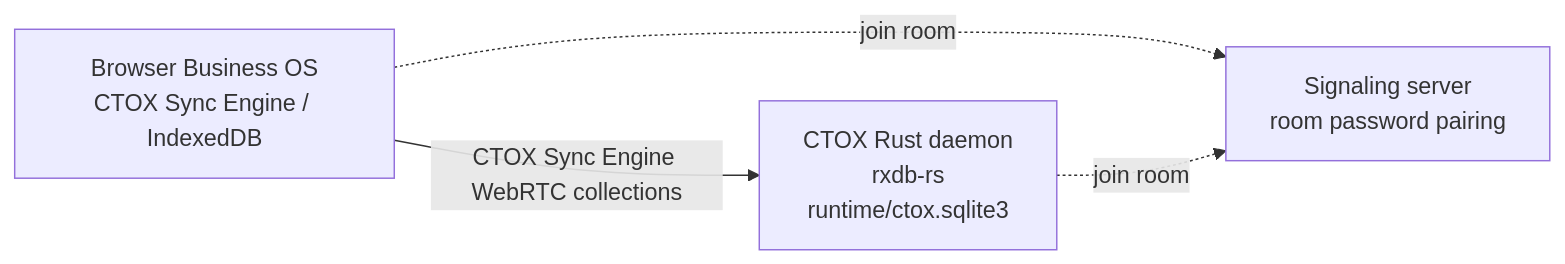
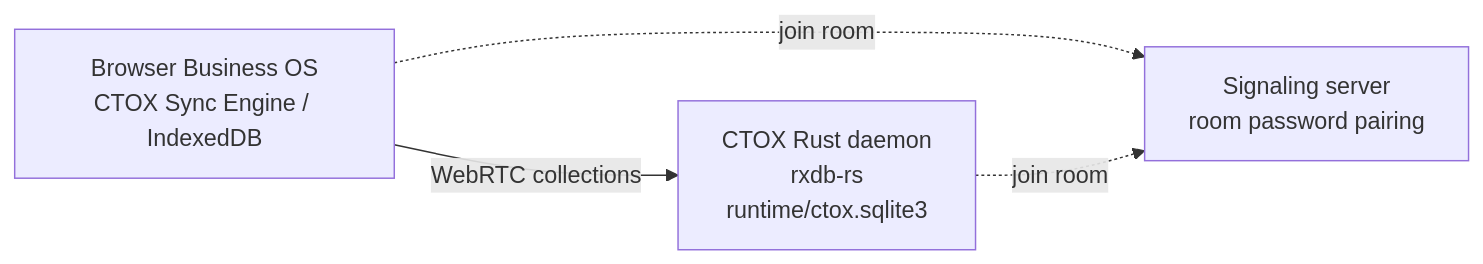
One commit to metric-space-ai/ctox changed the diagram in README.md. Above: the diagram before and after it, drawn with Mermaid. The commit also changed other lines of this file and 1 other file, not shown here.

````diff
--- a/README.md
+++ b/README.md
@@ -73,6 +75,6 @@
 ```mermaid
 flowchart LR
-  Browser["Browser Business OS<br/>CTOX Sync Engine / IndexedDB"] -- "CTOX Sync Engine WebRTC collections" --> CTOX["CTOX Rust daemon<br/>rxdb-rs<br/>runtime/ctox.sqlite3"]
+  Browser["Browser Business OS<br/>CTOX Sync Engine / IndexedDB"] -- "WebRTC collections" --> CTOX["CTOX Rust daemon<br/>rxdb-rs<br/>runtime/ctox.sqlite3"]
   Browser -. "join room" .-> Signaling["Signaling server<br/>room password pairing"]
   CTOX -. "join room" .-> Signaling
 ```
````
